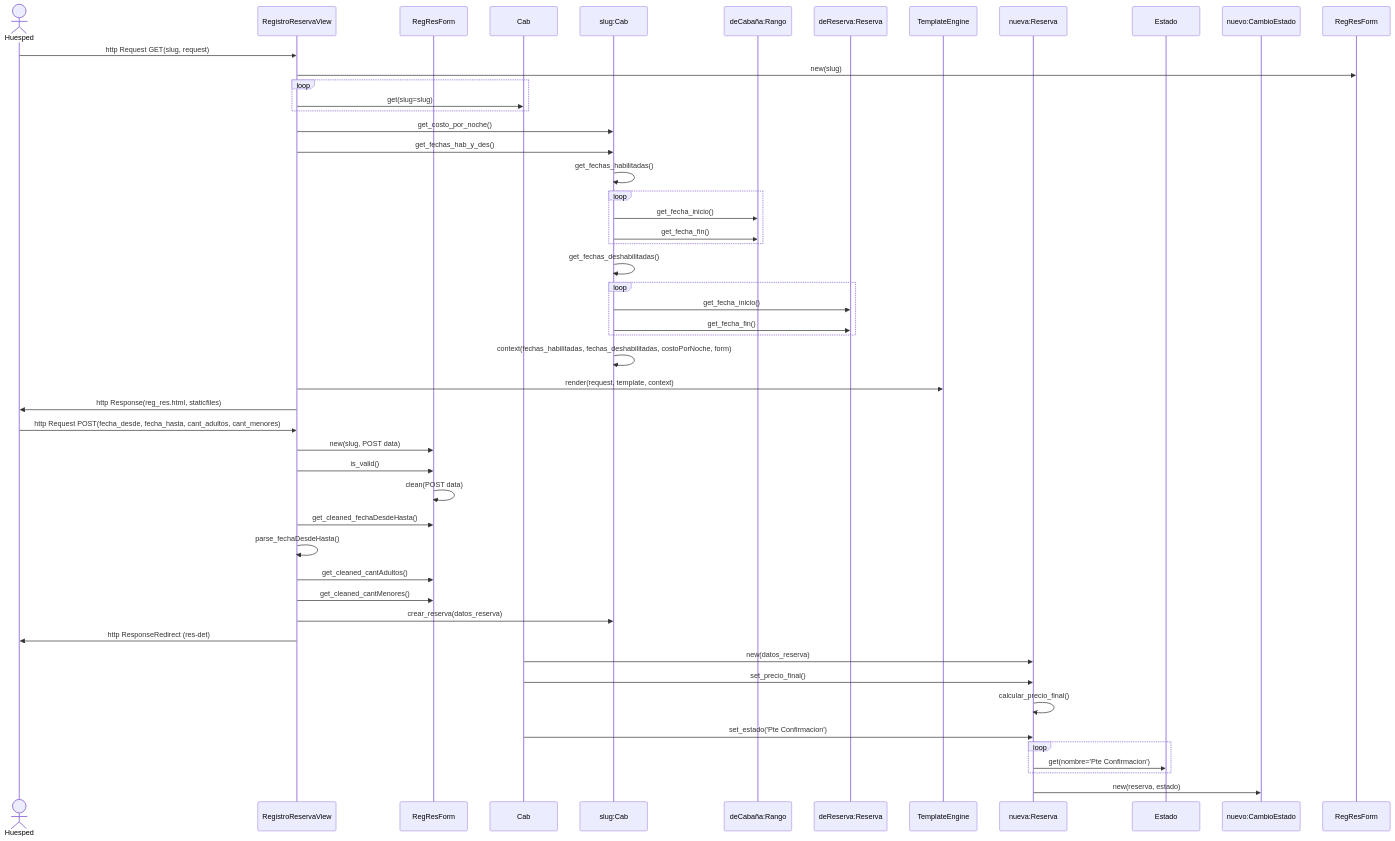
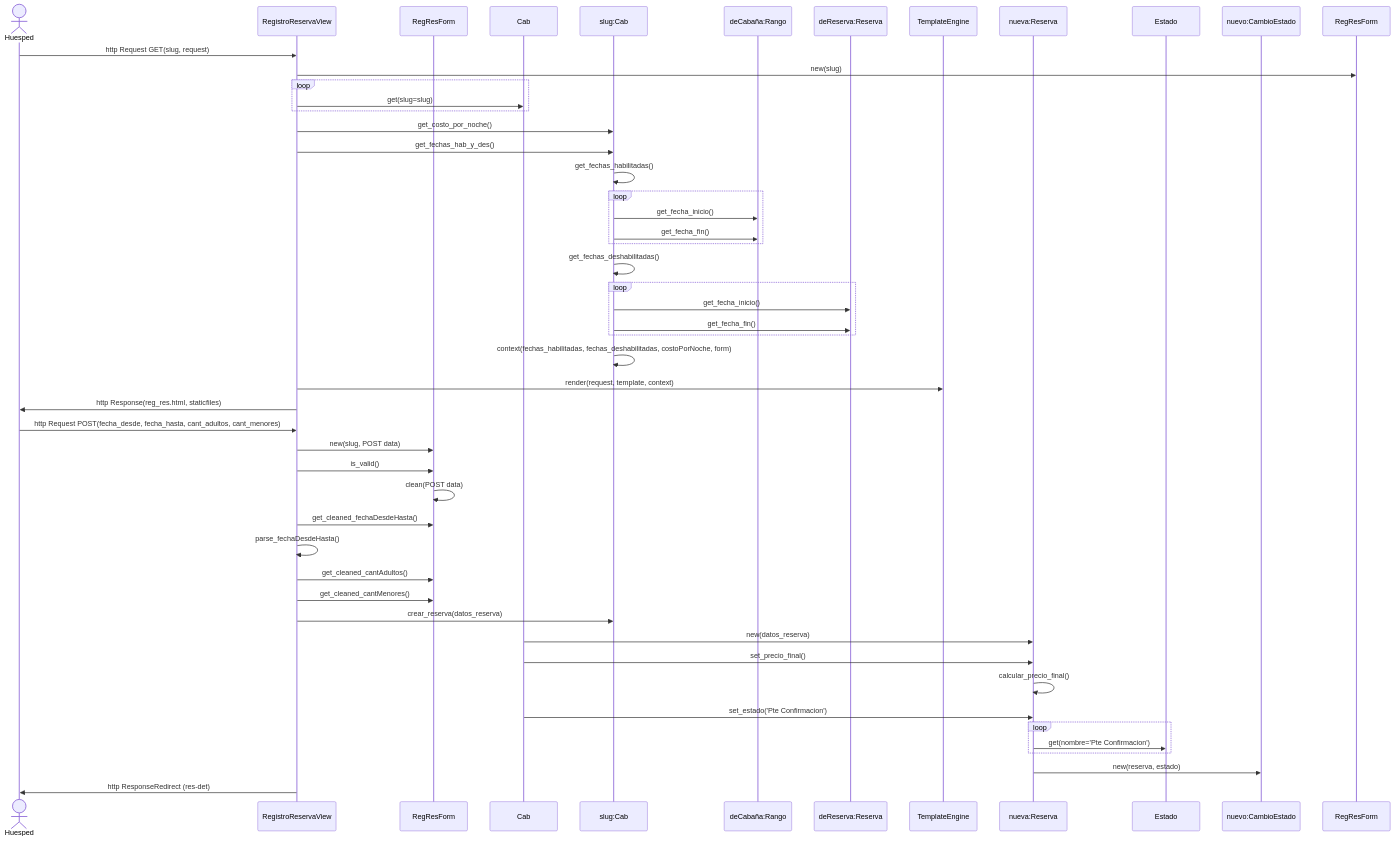
Before and after one commit to samuel-andres/djangohp: the second of 2 diagrams in README.md, drawn with Mermaid. The commit also changed other lines of this file, not shown here.

````diff
--- a/README.md
+++ b/README.md
@@ -122,52 +122,52 @@
 ``` mermaid
 sequenceDiagram
     actor HUE as Huesped
     participant VIEW as RegistroReservaView
     PARTICIPANT FORM as RegResForm
     participant CAB as Cab
     participant ACAB as slug:Cab
     participant RANGO as deCabaña:Rango
     participant RESERVA as deReserva:Reserva
     participant TEMP_ENG as TemplateEngine
     participant NRES as nueva:Reserva
     participant ESTADO as Estado
     participant NCE as nuevo:CambioEstado
     HUE ->> VIEW: http Request GET(slug, request)
     VIEW ->> RegResForm: new(slug)
     loop 
         VIEW ->> CAB: get(slug=slug)
     end
     VIEW ->> ACAB: get_costo_por_noche()
     VIEW ->> ACAB: get_fechas_hab_y_des()
     ACAB ->> ACAB: get_fechas_habilitadas()
     loop
         ACAB ->> RANGO: get_fecha_inicio()
         ACAB ->> RANGO: get_fecha_fin()
     end
     ACAB ->> ACAB: get_fechas_deshabilitadas()
     loop
         ACAB ->> RESERVA: get_fecha_inicio()
         ACAB ->> RESERVA: get_fecha_fin()
     end
     ACAB ->> ACAB: context(fechas_habilitadas, fechas_deshabilitadas, costoPorNoche, form)
     VIEW ->> TEMP_ENG: render(request, template, context)
     VIEW ->> HUE: http Response(reg_res.html, staticfiles)
     HUE ->> VIEW: http Request POST(fecha_desde, fecha_hasta, cant_adultos, cant_menores)
     VIEW ->> FORM: new(slug, POST data)
     VIEW ->> FORM: is_valid()
     FORM ->> FORM: clean(POST data)
     VIEW ->> FORM: get_cleaned_fechaDesdeHasta()
     VIEW ->> VIEW: parse_fechaDesdeHasta()
     VIEW ->> FORM: get_cleaned_cantAdultos()
     VIEW ->> FORM: get_cleaned_cantMenores()
     VIEW ->> ACAB: crear_reserva(datos_reserva)
-    VIEW ->> HUE: http ResponseRedirect (res-det)
     CAB ->> NRES: new(datos_reserva)
     CAB ->> NRES: set_precio_final()
     NRES ->> NRES: calcular_precio_final()
     CAB ->> NRES: set_estado('Pte Confirmacion')
     loop
         NRES ->> ESTADO: get(nombre='Pte Confirmacion')
     end
     NRES ->> NCE: new(reserva, estado)
+    VIEW ->> HUE: http ResponseRedirect (res-det)
 ```
````
